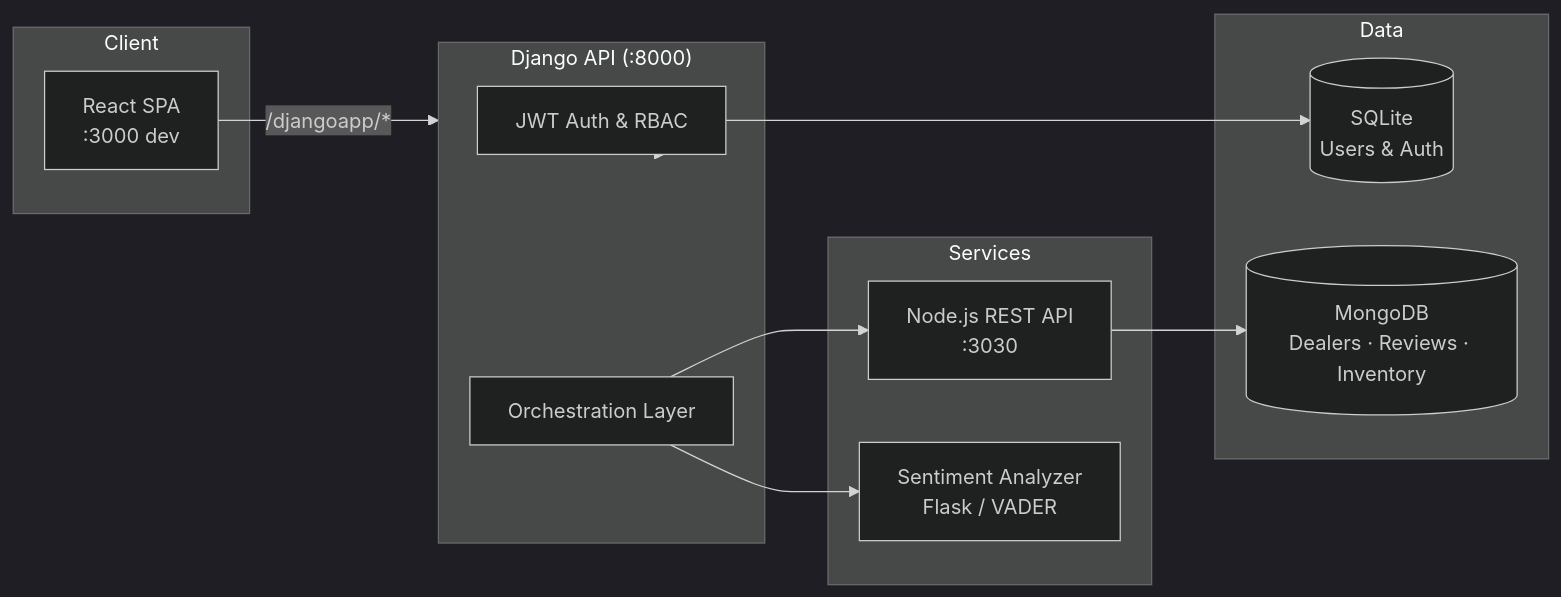
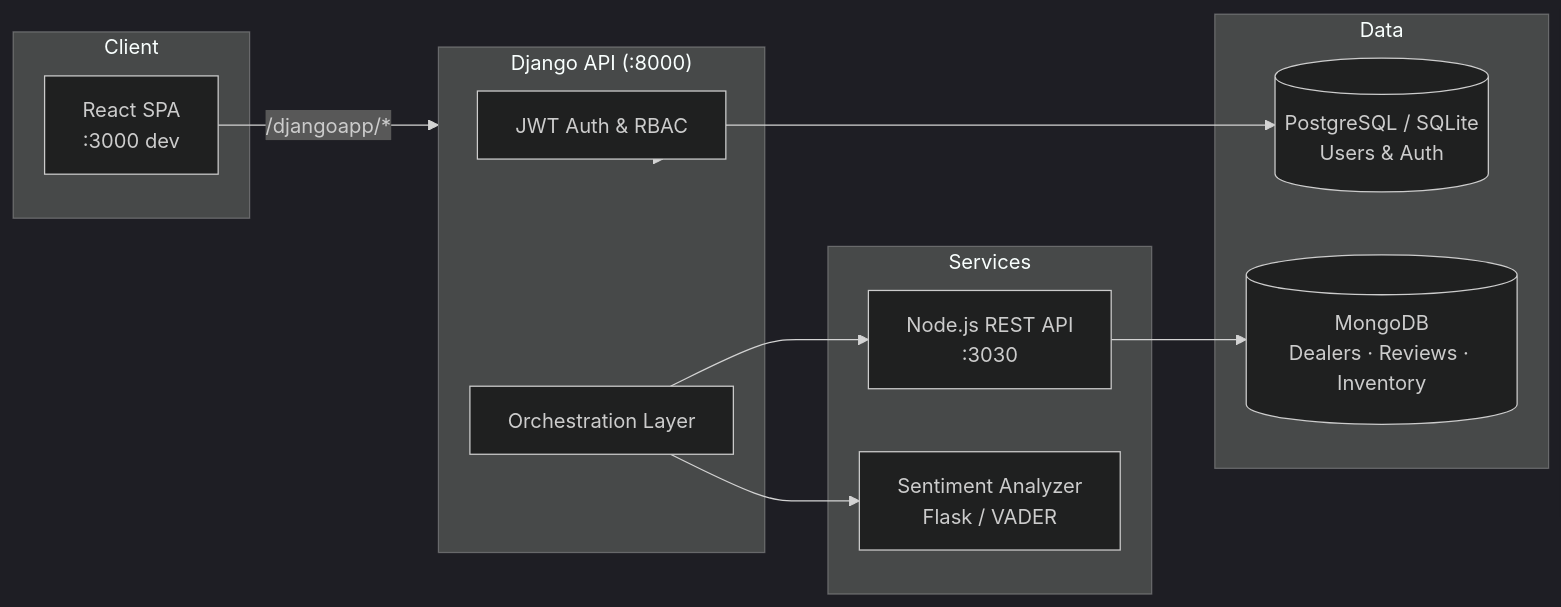
Before and after one commit to samo-r/dealership-review-system: the diagram in server/README.md, drawn with Mermaid (dark theme). The commit also changed other lines of this file and 14 other files, not shown here.

Commit message:
Add Django Dockerfile, PostgreSQL auth, and PaaS startup hardening for Node and sentiment services

````diff
--- a/server/README.md
+++ b/server/README.md
@@ -68,28 +68,28 @@
 ```mermaid
 flowchart LR
   subgraph Client
     React[React SPA<br/>:3000 dev]
   end
 
   subgraph Django["Django API (:8000)"]
     Auth[JWT Auth & RBAC]
     Orch[Orchestration Layer]
   end
 
   subgraph Services
     Node[Node.js REST API<br/>:3030]
     Sentiment[Sentiment Analyzer<br/>Flask / VADER]
   end
 
   subgraph Data
-    SQLite[(SQLite<br/>Users & Auth)]
+    PG[(PostgreSQL / SQLite<br/>Users & Auth)]
     Mongo[(MongoDB<br/>Dealers · Reviews · Inventory)]
   end
 
   React -->|/djangoapp/*| Django
   Django --> Auth
-  Auth --> SQLite
+  Auth --> PG
   Orch --> Node
   Orch --> Sentiment
   Node --> Mongo
 ```
````
